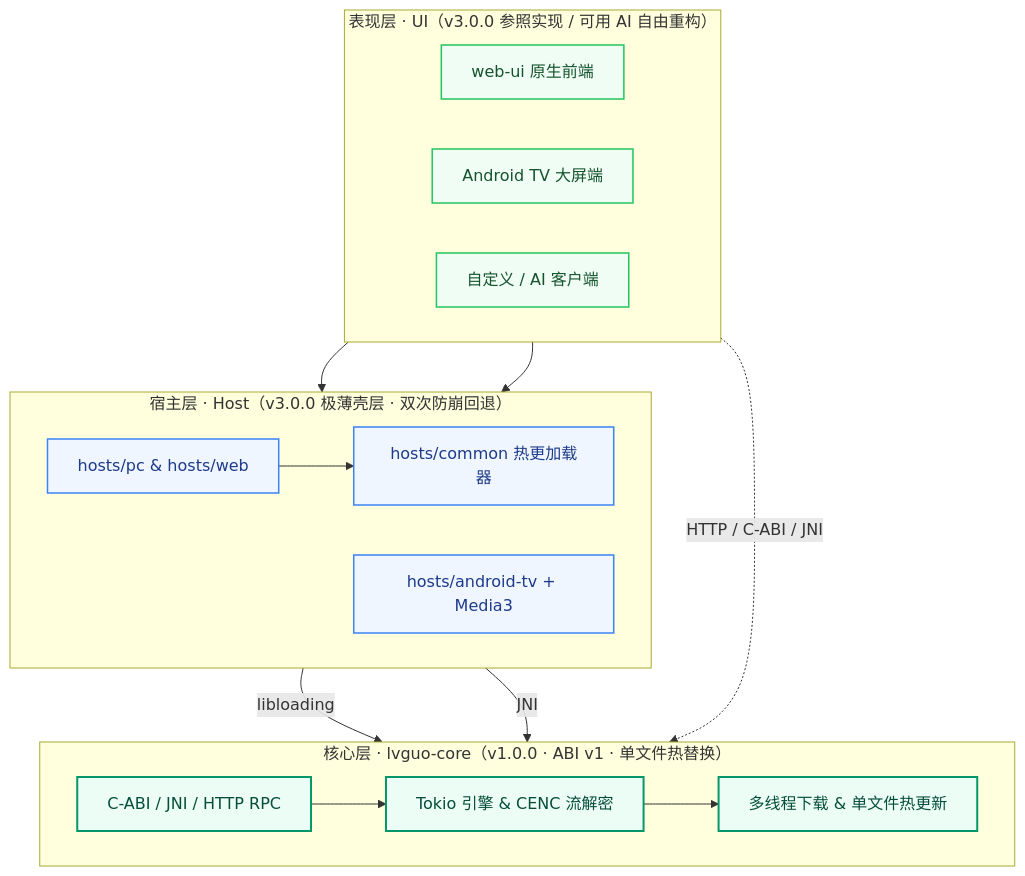
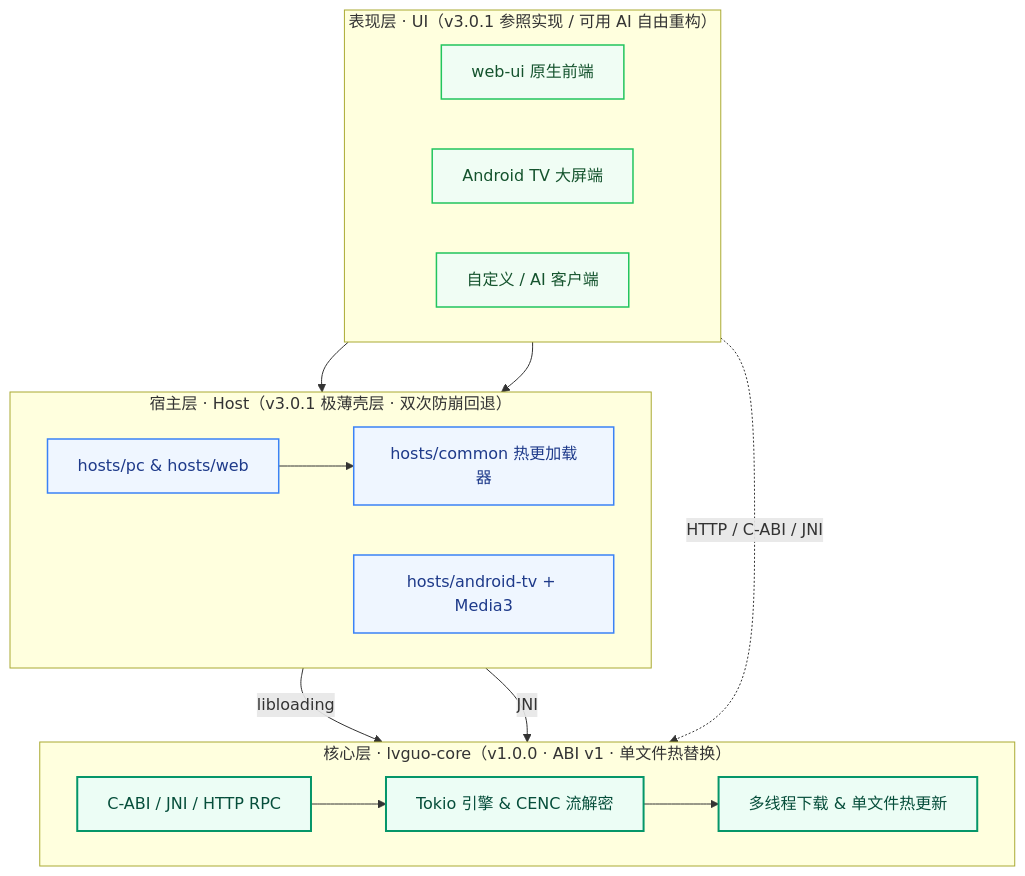
Before and after one commit to Amor5207/lvguo-core: the diagram in README.md, drawn with Mermaid. The commit also changed other lines of this file and 13 other files, not shown here.

````diff
--- a/README.md
+++ b/README.md
@@ -105,36 +105,36 @@
 ```mermaid
 flowchart TB
-    subgraph UI["表现层 · UI（v3.0.0 参照实现 / 可用 AI 自由重构）"]
+    subgraph UI["表现层 · UI（v3.0.1 参照实现 / 可用 AI 自由重构）"]
         direction LR
         WebUI["web-ui 原生前端"]
         TvUI["Android TV 大屏端"]
         CustomUI["自定义 / AI 客户端"]
     end
 
-    subgraph HOST["宿主层 · Host（v3.0.0 极薄壳层 · 双次防崩回退）"]
+    subgraph HOST["宿主层 · Host（v3.0.1 极薄壳层 · 双次防崩回退）"]
         direction LR
         PcWeb["hosts/pc & hosts/web"]
         Common["hosts/common 热更加载器"]
         TvHost["hosts/android-tv + Media3"]
     end
 
     subgraph CORE["核心层 · lvguo-core（v1.0.0 · ABI v1 · 单文件热替换）"]
         direction LR
         Boundary["C-ABI / JNI / HTTP RPC"]
         Stream["Tokio 引擎 & CENC 流解密"]
         Delivery["多线程下载 & 单文件热更新"]
     end
 
     WebUI --> PcWeb --> Common
     Common -->|"libloading"| Boundary
     TvUI --> TvHost -->|"JNI"| Boundary
     CustomUI -.->|"HTTP / C-ABI / JNI"| Boundary
     Boundary --> Stream --> Delivery
 
     classDef uiCls fill:#f0fdf4,stroke:#22c55e,color:#14532d,stroke-width:1.5px
     classDef hostCls fill:#eff6ff,stroke:#3b82f6,color:#1e3a8a,stroke-width:1.5px
     classDef coreCls fill:#ecfdf5,stroke:#059669,color:#064e3b,stroke-width:2px
     class WebUI,TvUI,CustomUI uiCls
     class PcWeb,Common,TvHost hostCls
     class Boundary,Stream,Delivery coreCls
 ```
````
